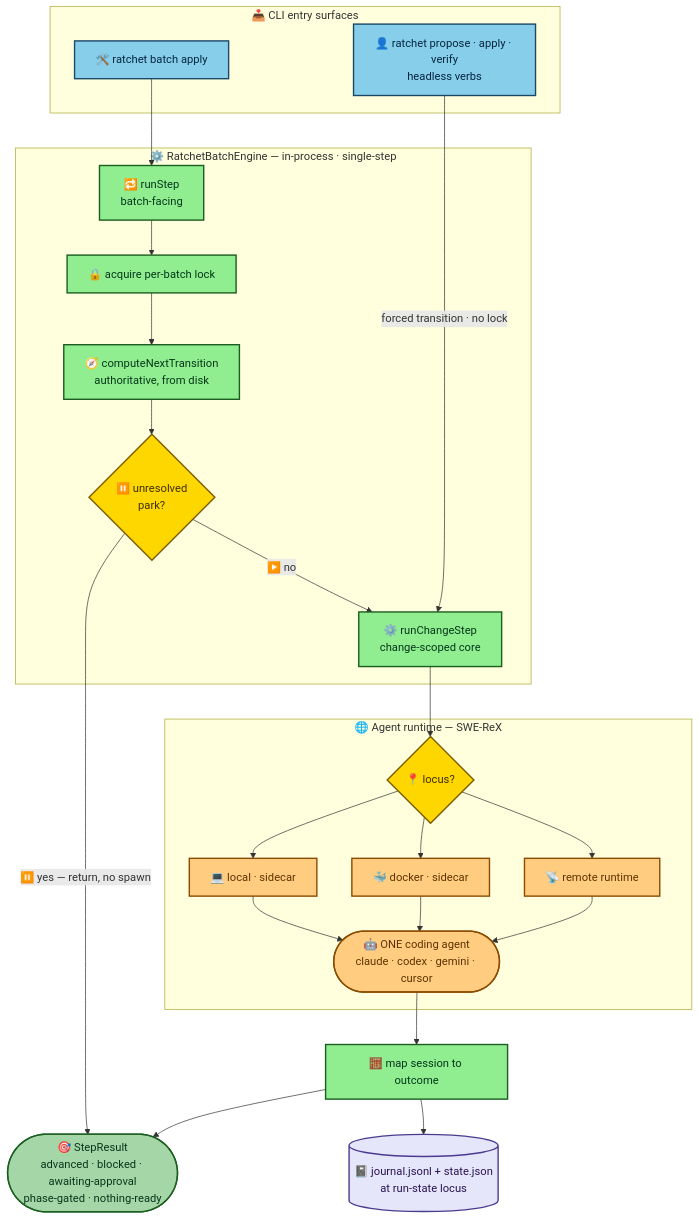
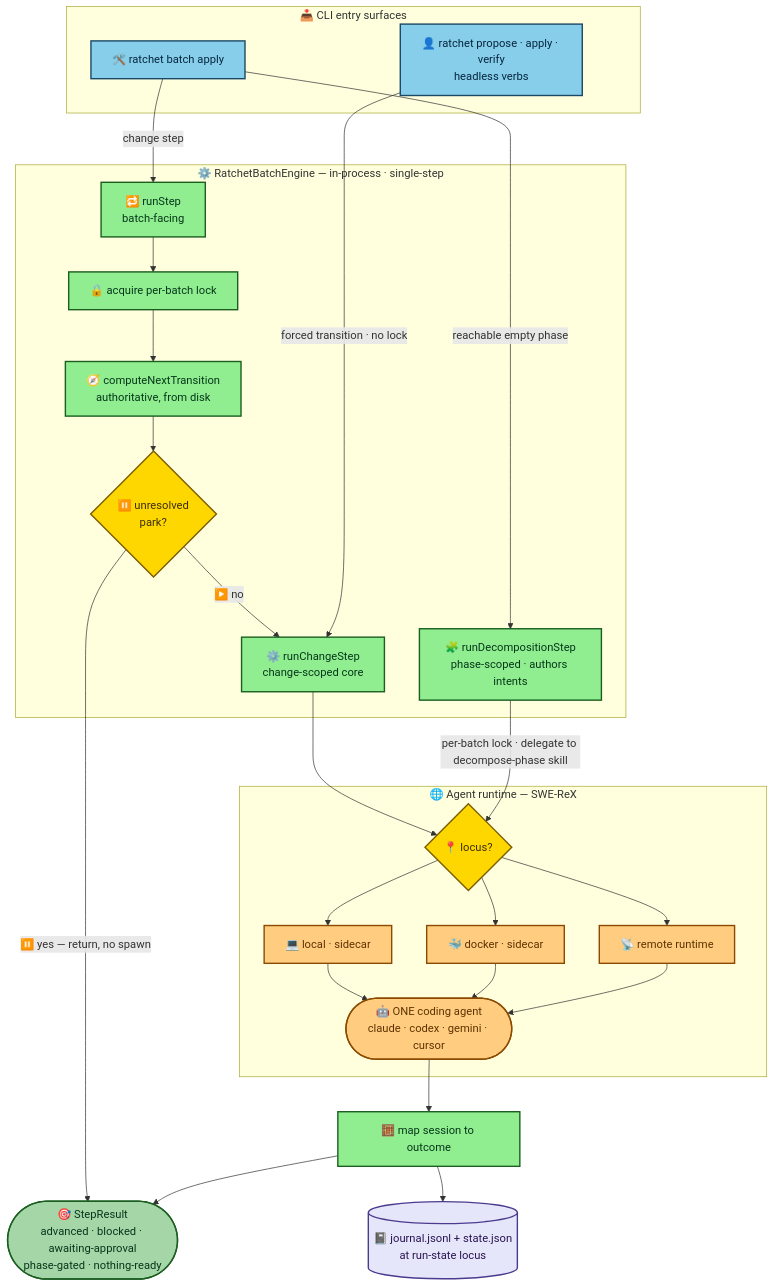
One commit to joctaTorres/ratchet changed the first of 3 diagrams in docs/engine/overview.md. Above: the diagram before and after it, drawn with Mermaid. The commit also changed other lines of this file and 46 other files, not shown here.

First line of the commit message:
feat(batch): delegate lifecycle to skills, gate verify, drive lazy decomposition

````diff
--- a/docs/engine/overview.md
+++ b/docs/engine/overview.md
@@ -25,60 +25,63 @@
 ```mermaid
 flowchart TB
     subgraph CLI["📥 CLI entry surfaces"]
         BA["🛠️ ratchet batch apply"]
         HV["👤 ratchet propose · apply · verify<br/>headless verbs"]
     end
 
     subgraph ENGINE["⚙️ RatchetBatchEngine — in-process · single-step"]
         RS["🔁 runStep<br/>batch-facing"]
         LOCK["🔒 acquire per-batch lock"]
         CNT["🧭 computeNextTransition<br/>authoritative, from disk"]
         PARK{"⏸️ unresolved<br/>park?"}
         RCS["⚙️ runChangeStep<br/>change-scoped core"]
+        RDS["🧩 runDecompositionStep<br/>phase-scoped · authors intents"]
     end
 
     subgraph RUNTIME["🌐 Agent runtime — SWE-ReX"]
         RT{"📍 locus?"}
         LOC["💻 local · sidecar"]
         DOC["🐳 docker · sidecar"]
         REM["📡 remote runtime"]
         AGENT(["🤖 ONE coding agent<br/>claude · codex · gemini · cursor"])
     end
 
     OUT["🧮 map session to outcome"]
     JOURNAL[("📓 journal.jsonl + state.json<br/>at run-state locus")]
     RES(["🎯 StepResult<br/>advanced · blocked · awaiting-approval<br/>phase-gated · nothing-ready"])
 
-    BA --> RS
+    BA -->|"change step"| RS
+    BA -->|"reachable empty phase"| RDS
     RS --> LOCK
     LOCK --> CNT
     CNT --> PARK
     PARK -->|"⏸️ yes — return, no spawn"| RES
     PARK -->|"▶️ no"| RCS
     HV -->|"forced transition · no lock"| RCS
 
     RCS --> RT
+    RDS -->|"per-batch lock · delegate to decompose-phase skill"| RT
     RT --> LOC
     RT --> DOC
     RT --> REM
     LOC --> AGENT
     DOC --> AGENT
     REM --> AGENT
     AGENT --> OUT
     OUT --> JOURNAL
     OUT --> RES
 
     classDef entry fill:#87CEEB,stroke:#1b4965,stroke-width:2px,color:#06263d;
     classDef core fill:#90EE90,stroke:#1b5e20,stroke-width:2px,color:#06371a;
     classDef decision fill:#FFD700,stroke:#7a5c00,stroke-width:2px,color:#3d2e00;
     classDef runtime fill:#FFCC80,stroke:#8a4b00,stroke-width:2px,color:#5d3300;
     classDef store fill:#E6E6FA,stroke:#4b3b8f,stroke-width:2px,color:#2a1452;
     classDef result fill:#A5D6A7,stroke:#1b5e20,stroke-width:2px,color:#06371a;
 
     class BA,HV entry;
-    class RS,LOCK,CNT,RCS,OUT core;
+    class RS,LOCK,CNT,RCS,RDS,OUT core;
     class PARK,RT decision;
     class LOC,DOC,REM,AGENT runtime;
     class JOURNAL store;
     class RES result;
 ```
````
